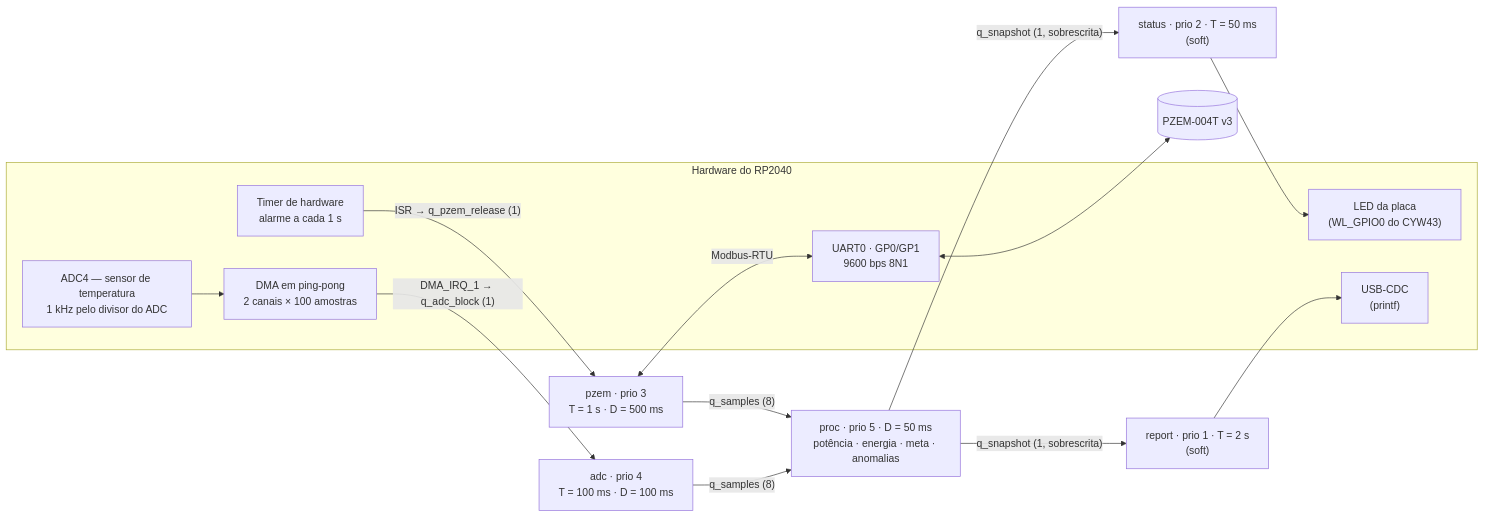
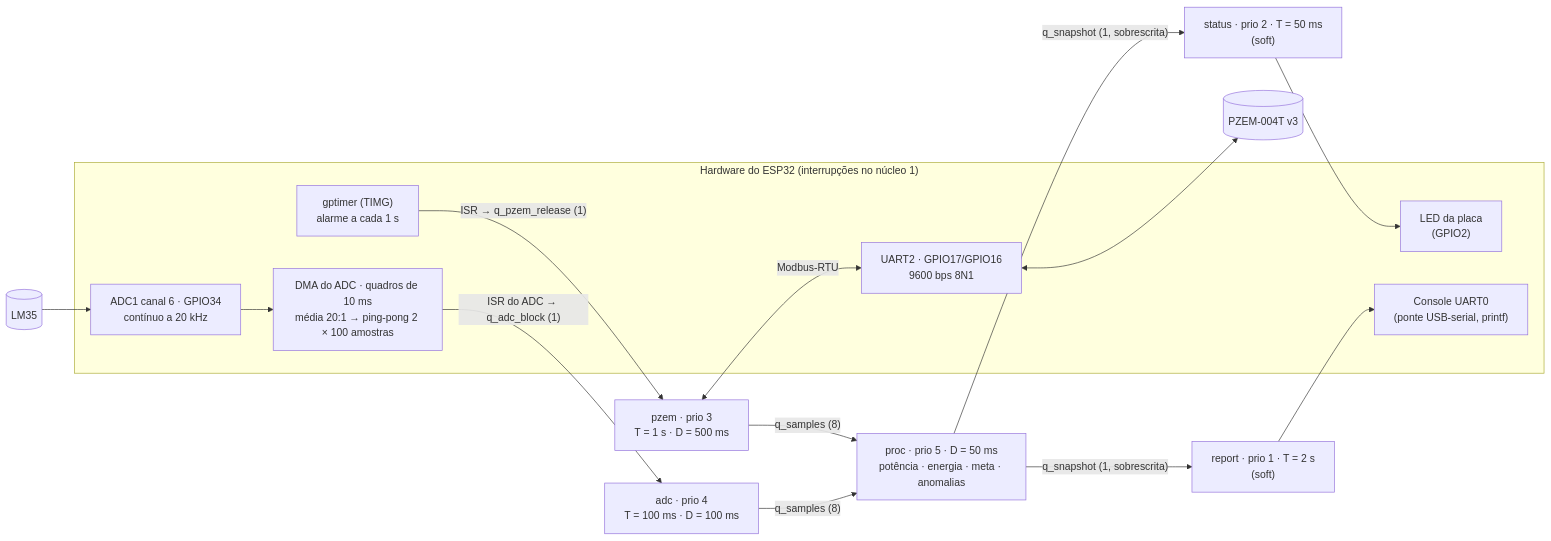
The first of 2 diagrams in energytrack-fw-3.2/docs/diagrama-tarefas.md (MatheusNobreM/Embedded_System_Project_2026.2), drawn with Mermaid before and after one commit. The commit also changed other lines of this file and 9 other files, not shown here.

````diff
--- a/energytrack-fw-3.2/docs/diagrama-tarefas.md
+++ b/energytrack-fw-3.2/docs/diagrama-tarefas.md
@@ -11,29 +13,31 @@
 ```mermaid
 flowchart LR
-    subgraph HW["Hardware do RP2040"]
-        TMR["Timer de hardware<br/>alarme a cada 1 s"]
-        ADC["ADC4 — sensor de temperatura<br/>1 kHz pelo divisor do ADC"]
-        DMA["DMA em ping-pong<br/>2 canais × 100 amostras"]
-        UART["UART0 · GP0/GP1<br/>9600 bps 8N1"]
-        LED["LED da placa<br/>(WL_GPIO0 do CYW43)"]
-        USB["USB-CDC<br/>(printf)"]
+    subgraph HW["Hardware do ESP32 (interrupções no núcleo 1)"]
+        TMR["gptimer (TIMG)<br/>alarme a cada 1 s"]
+        ADC["ADC1 canal 6 · GPIO34<br/>contínuo a 20 kHz"]
+        DMA["DMA do ADC · quadros de 10 ms<br/>média 20:1 → ping-pong 2 × 100 amostras"]
+        UART["UART2 · GPIO17/GPIO16<br/>9600 bps 8N1"]
+        LED["LED da placa<br/>(GPIO2)"]
+        CON["Console UART0<br/>(ponte USB-serial, printf)"]
     end
     PZEMDEV[("PZEM-004T v3")]
+    LM35DEV[("LM35")]
 
     TMR -- "ISR → q_pzem_release (1)" --> PZEM
+    LM35DEV --> ADC
     ADC --> DMA
-    DMA -- "DMA_IRQ_1 → q_adc_block (1)" --> ADCT
+    DMA -- "ISR do ADC → q_adc_block (1)" --> ADCT
 
     PZEM["pzem · prio 3<br/>T = 1 s · D = 500 ms"] <-- "Modbus-RTU" --> UART
     UART <--> PZEMDEV
     ADCT["adc · prio 4<br/>T = 100 ms · D = 100 ms"]
 
     PZEM -- "q_samples (8)" --> PROC
     ADCT -- "q_samples (8)" --> PROC
     PROC["proc · prio 5 · D = 50 ms<br/>potência · energia · meta · anomalias"]
 
     PROC -- "q_snapshot (1, sobrescrita)" --> STATUS
     PROC -- "q_snapshot (1, sobrescrita)" --> REPORT
     STATUS["status · prio 2 · T = 50 ms<br/>(soft)"] --> LED
-    REPORT["report · prio 1 · T = 2 s<br/>(soft)"] --> USB
+    REPORT["report · prio 1 · T = 2 s<br/>(soft)"] --> CON
 ```
````
